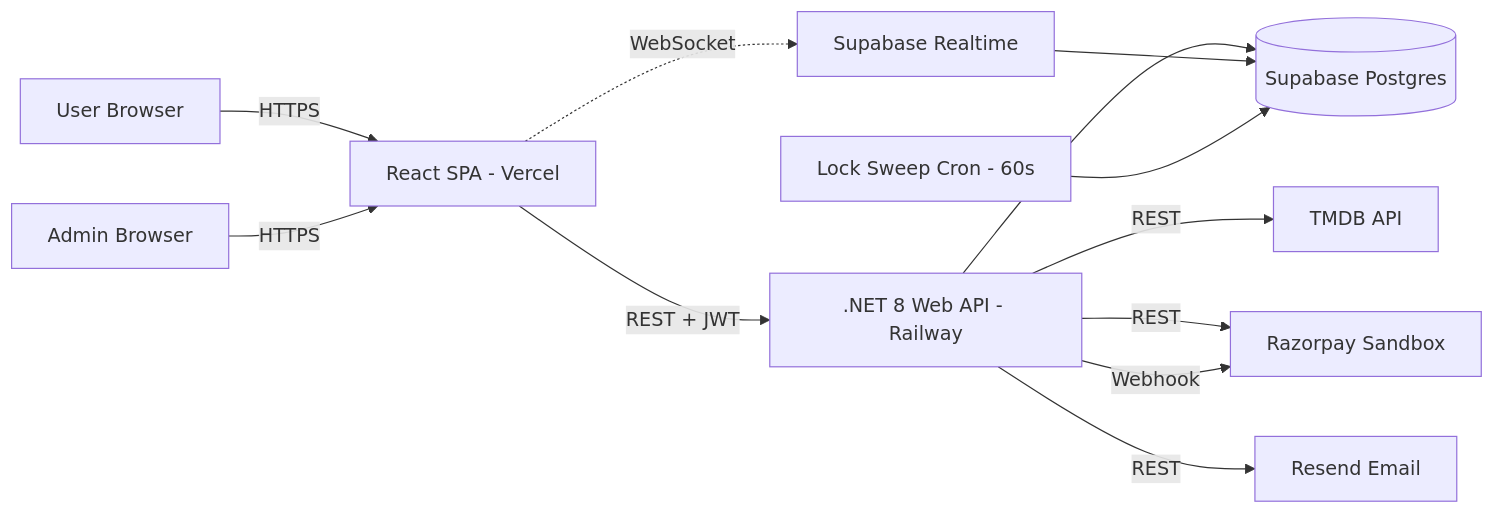
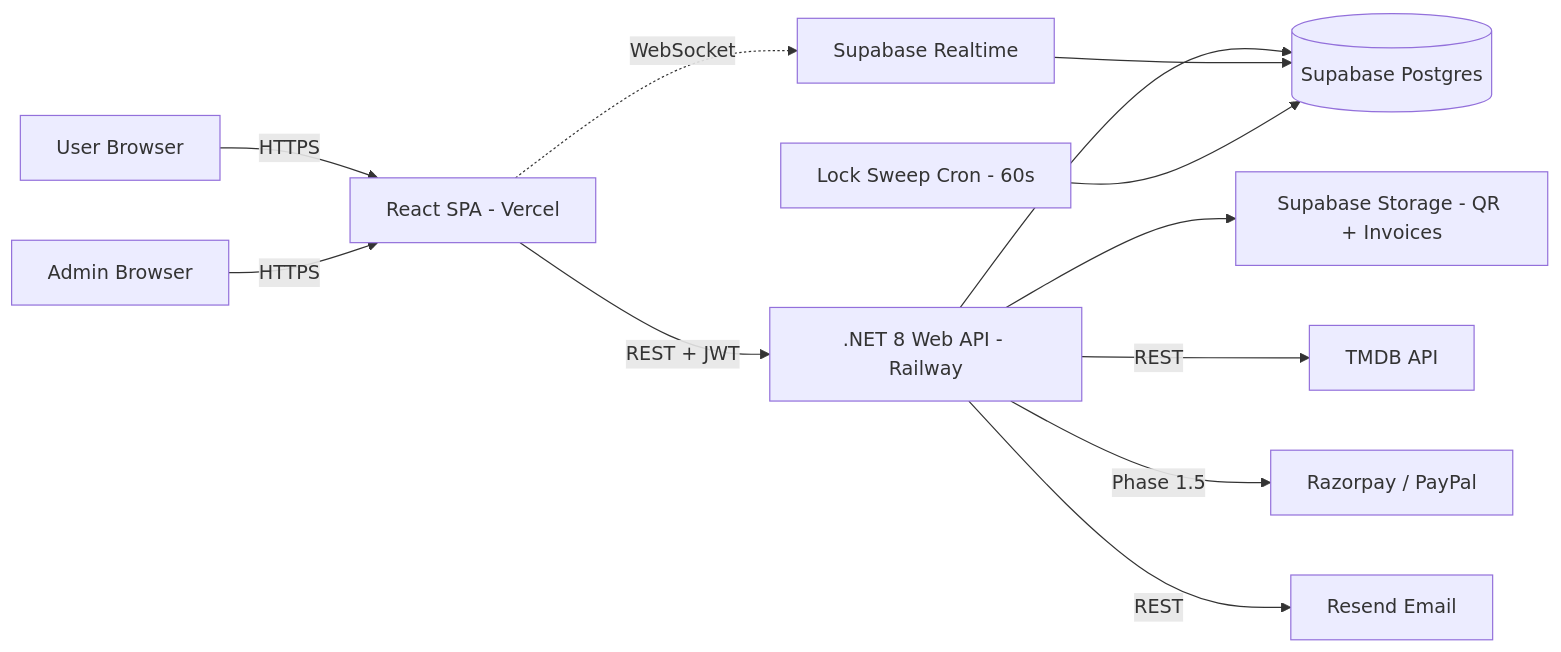
The diagram in docs/ARCHITECTURE.md (Sanjay12089/BookKaroo), drawn with Mermaid before and after one commit. The commit also changed other lines of this file and 32 other files, not shown here.

````diff
--- a/docs/ARCHITECTURE.md
+++ b/docs/ARCHITECTURE.md
@@ -5,14 +7,14 @@
 ```mermaid
 flowchart LR
     U[User Browser] -->|HTTPS| FE[React SPA - Vercel]
     A[Admin Browser] -->|HTTPS| FE
     FE -->|REST + JWT| API[.NET 8 Web API - Railway]
     FE -.->|WebSocket| RT[Supabase Realtime]
     API --> DB[(Supabase Postgres)]
+    API --> ST[Supabase Storage - QR + Invoices]
     RT --> DB
     API -->|REST| TMDB[TMDB API]
-    API -->|REST| RAZ[Razorpay Sandbox]
+    API -->|Phase 1.5| GW[Razorpay / PayPal]
     API -->|REST| RES[Resend Email]
-    API -->|Webhook| RAZ
     CRON[Lock Sweep Cron - 60s] --> DB
 ```
````
